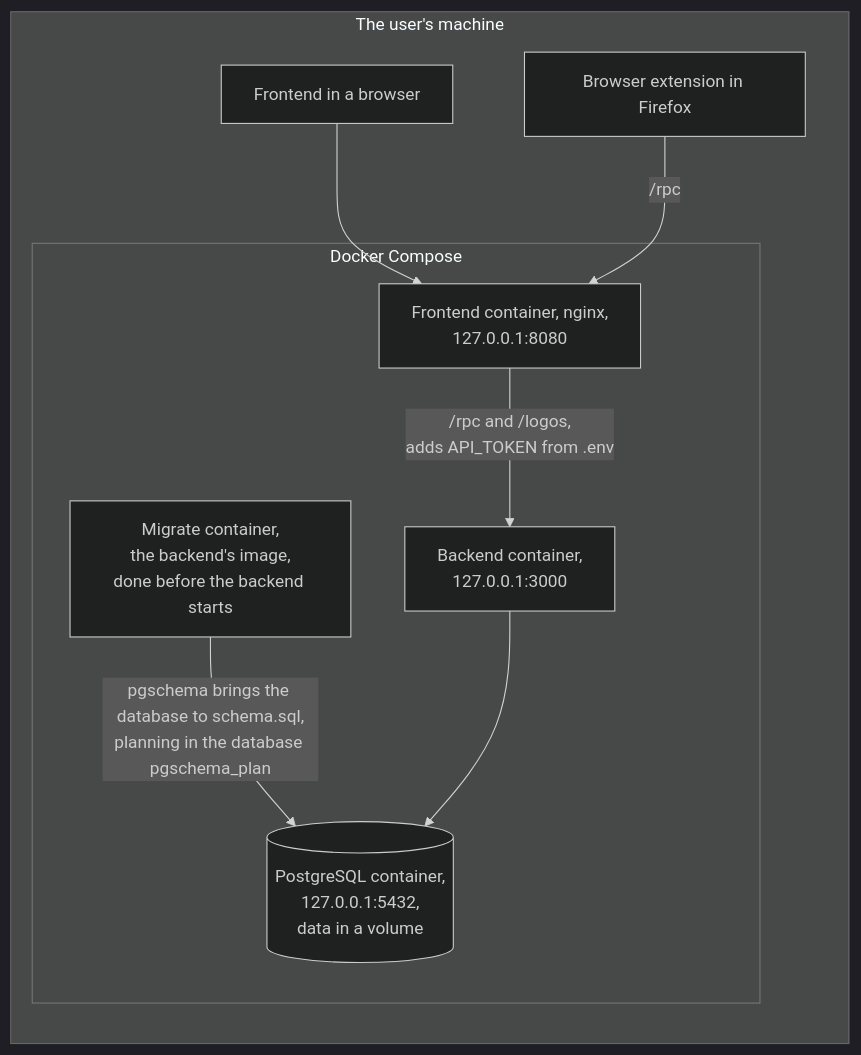
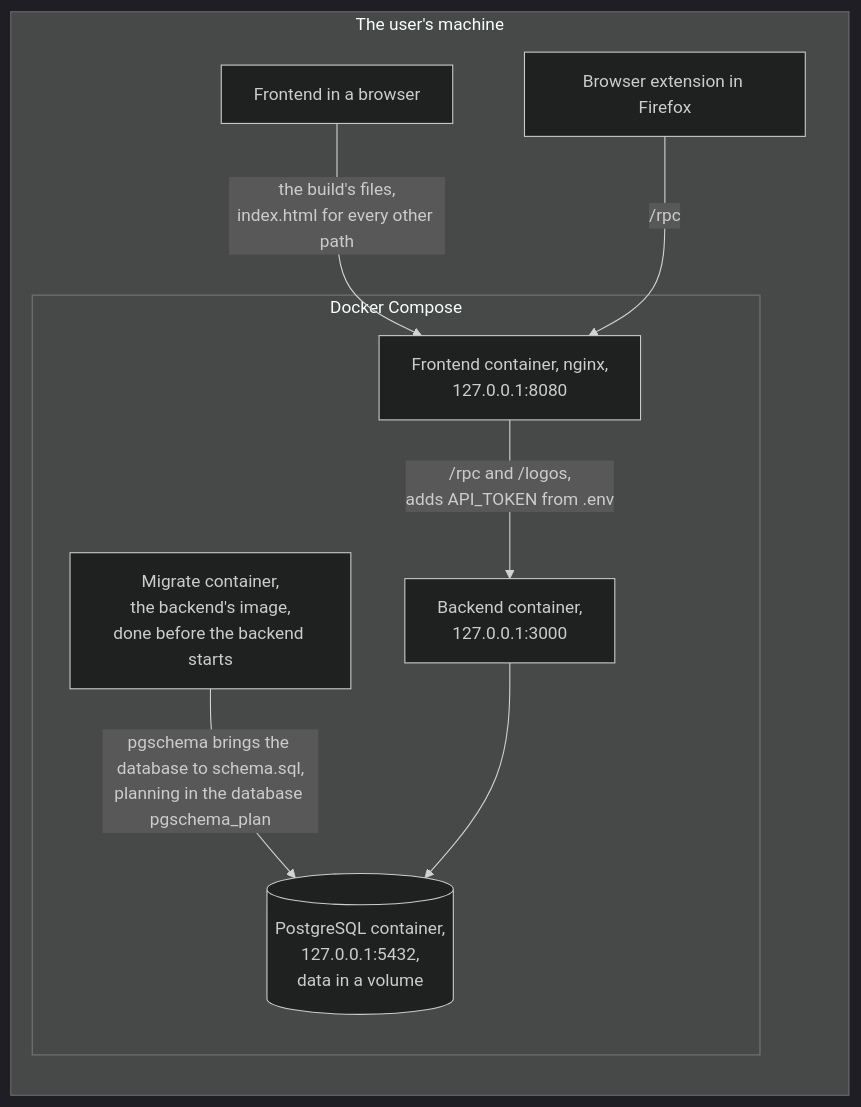
One commit to lennartmoeller/finance-tracker changed the first of 3 diagrams in docs/contract/hosting.md. Above: the diagram before and after it, drawn with Mermaid (dark theme). The commit also changed other lines of this file and 28 other files, not shown here.

````diff
--- a/docs/contract/hosting.md
+++ b/docs/contract/hosting.md
@@ -9,18 +9,18 @@
 ```mermaid
 flowchart LR
   subgraph machine["The user's machine"]
     subgraph compose["Docker Compose"]
       migrate["Migrate container,<br/>the backend's image,<br/>done before the backend starts"]
       backend["Backend container,<br/>127.0.0.1:3000"]
       frontend["Frontend container, nginx,<br/>127.0.0.1:8080"]
       postgres[("PostgreSQL container,<br/>127.0.0.1:5432,<br/>data in a volume")]
     end
     page["Frontend in a browser"]
     extension["Browser extension in Firefox"]
   end
   migrate -- "pgschema brings the database to schema.sql,<br/>planning in the database pgschema_plan" --> postgres
-  page --> frontend
+  page -- "the build's files,<br/>index.html for every other path" --> frontend
   extension -- "/rpc" --> frontend
   frontend -- "/rpc and /logos,<br/>adds API_TOKEN from .env" --> backend
   backend --> postgres
 ```
````
